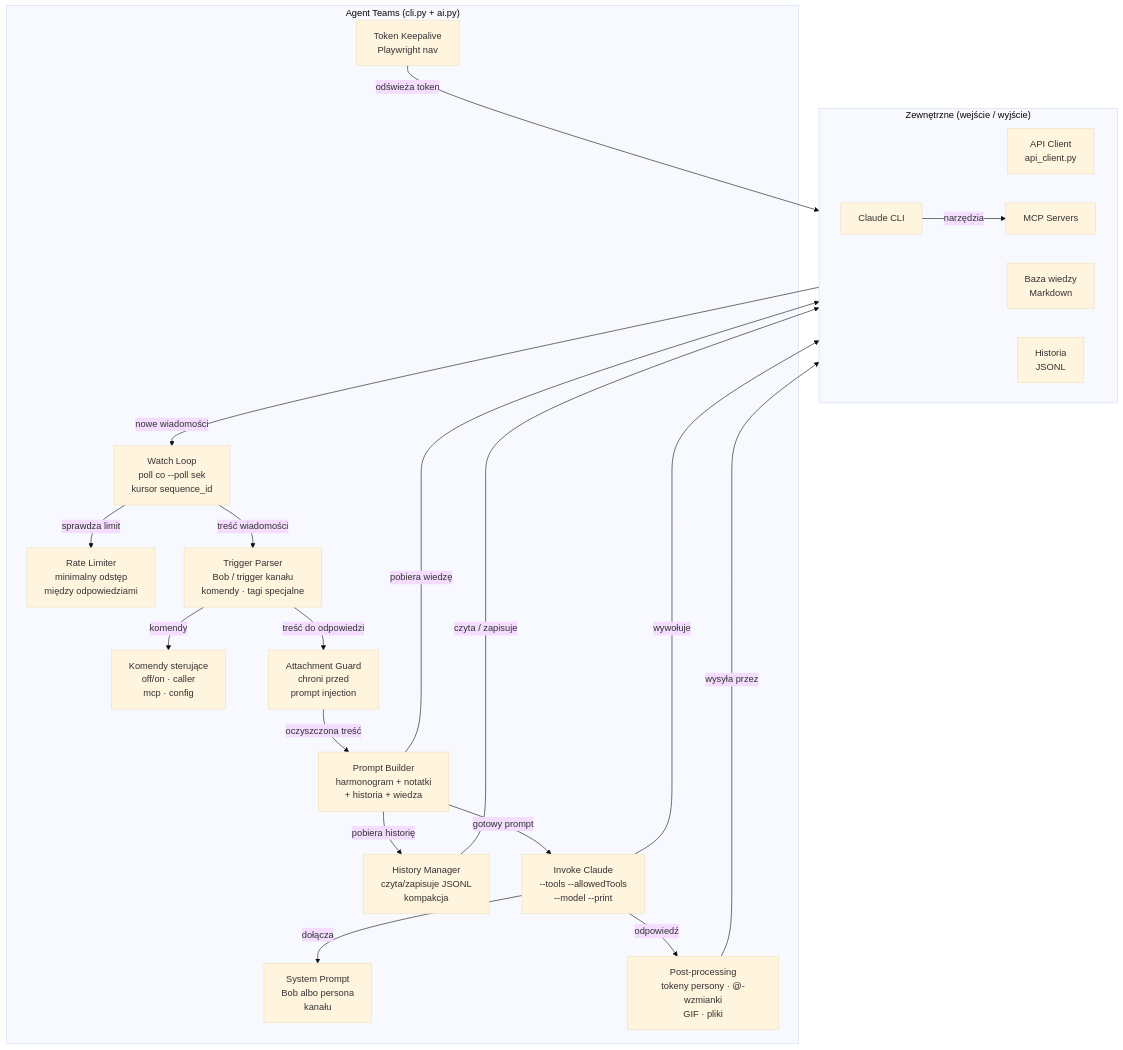
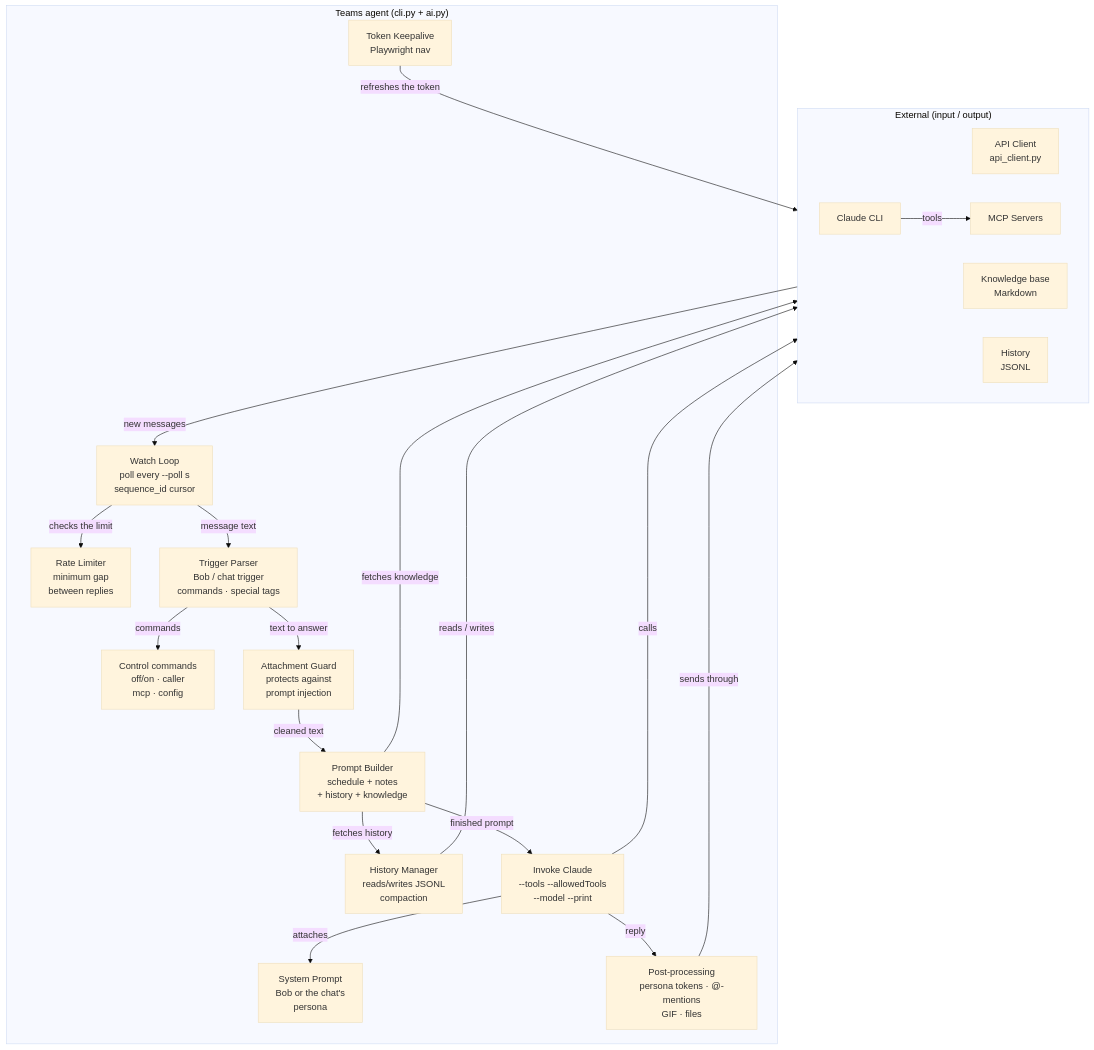
Before and after one commit to androszr/bob: the third of 3 diagrams in PRD.md, drawn with Mermaid (base theme). The commit also changed other lines of this file and 149 other files, not shown here.

````diff
--- a/PRD.md
+++ b/PRD.md
@@ -266,42 +270,42 @@
 ```mermaid
 flowchart TB
-    subgraph ExtL3["Zewnętrzne (wejście / wyjście)"]
+    subgraph ExtL3["External (input / output)"]
         direction LR
         APIC3["API Client\napi_client.py"]
         CLCLI3["Claude CLI"]
-        KB3["Baza wiedzy\nMarkdown"]
-        HIST3["Historia\nJSONL"]
+        KB3["Knowledge base\nMarkdown"]
+        HIST3["History\nJSONL"]
         MCP3["MCP Servers"]
     end
 
-    subgraph AgentL3["Agent Teams (cli.py + ai.py)"]
-        WL3["Watch Loop\npoll co --poll sek\nkursor sequence_id"]
-        RL3["Rate Limiter\nminimalny odstęp\nmiędzy odpowiedziami"]
-        TP3["Trigger Parser\nBob / trigger kanału\nkomendy · tagi specjalne"]
-        CC3["Komendy sterujące\noff/on · caller\nmcp · config"]
-        AG3["Attachment Guard\nchroni przed\nprompt injection"]
-        HM3["History Manager\nczyta/zapisuje JSONL\nkompakcja"]
-        PB3["Prompt Builder\nharmonogram + notatki\n+ historia + wiedza"]
-        SP3["System Prompt\nBob albo persona\nkanału"]
+    subgraph AgentL3["Teams agent (cli.py + ai.py)"]
+        WL3["Watch Loop\npoll every --poll s\nsequence_id cursor"]
+        RL3["Rate Limiter\nminimum gap\nbetween replies"]
+        TP3["Trigger Parser\nBob / chat trigger\ncommands · special tags"]
+        CC3["Control commands\noff/on · caller\nmcp · config"]
+        AG3["Attachment Guard\nprotects against\nprompt injection"]
+        HM3["History Manager\nreads/writes JSONL\ncompaction"]
+        PB3["Prompt Builder\nschedule + notes\n+ history + knowledge"]
+        SP3["System Prompt\nBob or the chat's\npersona"]
         IC3["Invoke Claude\n--tools --allowedTools\n--model --print"]
-        PP3["Post-processing\ntokeny persony · @-wzmianki\nGIF · pliki"]
+        PP3["Post-processing\npersona tokens · @-mentions\nGIF · files"]
         TK3["Token Keepalive\nPlaywright nav"]
     end
 
-    APIC3 -- "nowe wiadomości" --> WL3
-    WL3 -- "sprawdza limit" --> RL3
-    WL3 -- "treść wiadomości" --> TP3
-    TP3 -- "komendy" --> CC3
-    TP3 -- "treść do odpowiedzi" --> AG3
-    AG3 -- "oczyszczona treść" --> PB3
-    PB3 -- "pobiera historię" --> HM3
-    HM3 -- "czyta / zapisuje" --> HIST3
-    PB3 -- "pobiera wiedzę" --> KB3
-    PB3 -- "gotowy prompt" --> IC3
-    IC3 -- "dołącza" --> SP3
-    IC3 -- "wywołuje" --> CLCLI3
-    CLCLI3 -- "narzędzia" --> MCP3
-    IC3 -- "odpowiedź" --> PP3
-    PP3 -- "wysyła przez" --> APIC3
-    TK3 -- "odświeża token" --> APIC3
+    APIC3 -- "new messages" --> WL3
+    WL3 -- "checks the limit" --> RL3
+    WL3 -- "message text" --> TP3
+    TP3 -- "commands" --> CC3
+    TP3 -- "text to answer" --> AG3
+    AG3 -- "cleaned text" --> PB3
+    PB3 -- "fetches history" --> HM3
+    HM3 -- "reads / writes" --> HIST3
+    PB3 -- "fetches knowledge" --> KB3
+    PB3 -- "finished prompt" --> IC3
+    IC3 -- "attaches" --> SP3
+    IC3 -- "calls" --> CLCLI3
+    CLCLI3 -- "tools" --> MCP3
+    IC3 -- "reply" --> PP3
+    PP3 -- "sends through" --> APIC3
+    TK3 -- "refreshes the token" --> APIC3
 ```
````
